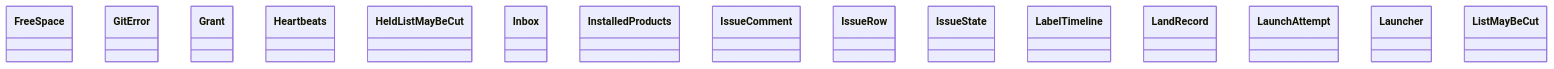
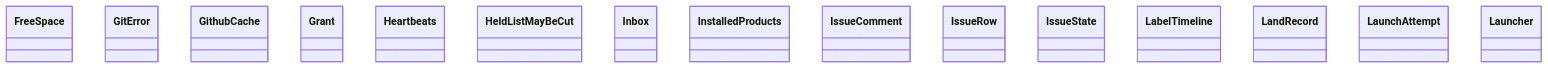
One commit to GonzaloZevallos/agentic-system changed the diagram in docs/architecture/generated/classes-process-application-support-3.md. Above: the diagram before and after it, drawn with Mermaid. The commit also changed 22 other files, not shown here.

First line of the commit message:
Split an adapter kind's package page by count when it is over the diagram budget; register GithubCache in the conformance inventory

````diff
--- a/docs/architecture/generated/classes-process-application-support-3.md
+++ b/docs/architecture/generated/classes-process-application-support-3.md
@@ -20,18 +20,18 @@
 ```mermaid
 classDiagram
     class ports__FreeSpace["FreeSpace"]
     class ports__GitError["GitError"]
+    class ports__GithubCache["GithubCache"]
     class ports__Grant["Grant"]
     class ports__Heartbeats["Heartbeats"]
     class ports__HeldListMayBeCut["HeldListMayBeCut"]
     class ports__Inbox["Inbox"]
     class ports__InstalledProducts["InstalledProducts"]
     class ports__IssueComment["IssueComment"]
     class ports__IssueRow["IssueRow"]
     class ports__IssueState["IssueState"]
     class ports__LabelTimeline["LabelTimeline"]
     class ports__LandRecord["LandRecord"]
     class ports__LaunchAttempt["LaunchAttempt"]
     class ports__Launcher["Launcher"]
-    class ports__ListMayBeCut["ListMayBeCut"]
 ```
````
